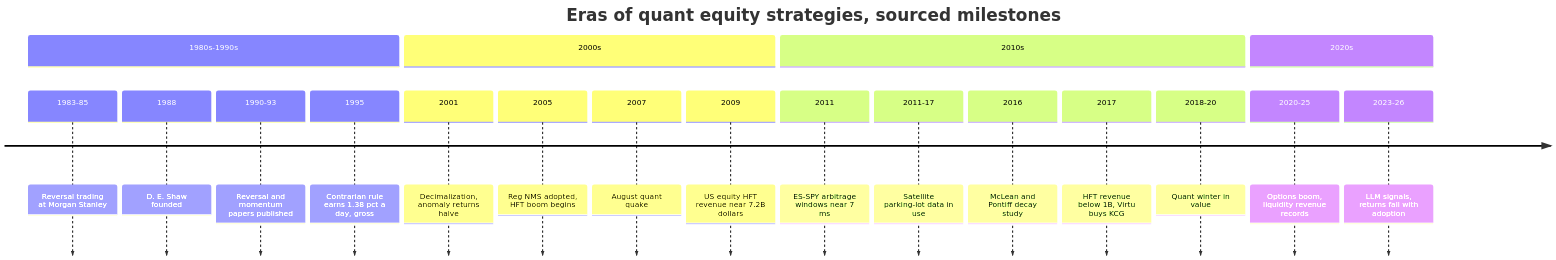
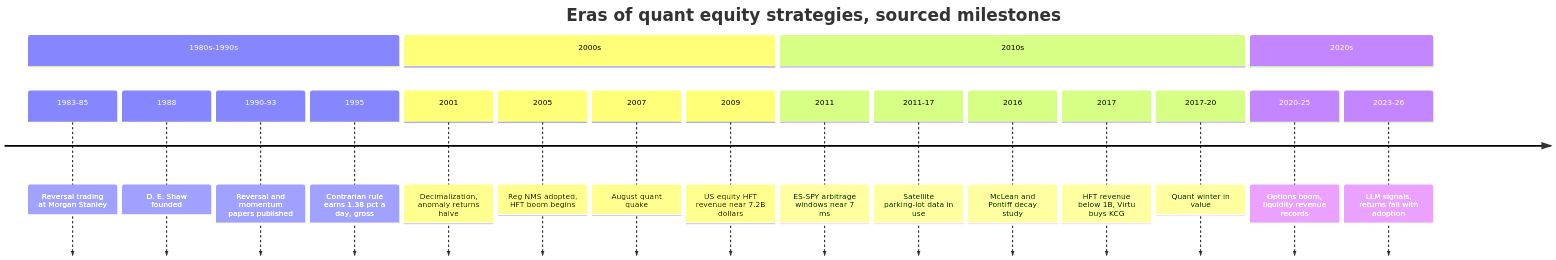
The second of 2 diagrams in docs/02-strategies/h-cross-cutting/evolution-of-quant-strategies.md (FrankHuang94/quant_trading_claude), drawn with Mermaid before and after one commit. The commit also changed other lines of this file and 8 other files, not shown here.

````diff
--- a/docs/02-strategies/h-cross-cutting/evolution-of-quant-strategies.md
+++ b/docs/02-strategies/h-cross-cutting/evolution-of-quant-strategies.md
@@ -69,23 +69,23 @@
 ```mermaid
 timeline
     title Eras of quant equity strategies, sourced milestones
     section 1980s-1990s
         1983-85 : Reversal trading at Morgan Stanley
         1988 : D. E. Shaw founded
         1990-93 : Reversal and momentum papers published
         1995 : Contrarian rule earns 1.38 pct a day, gross
     section 2000s
         2001 : Decimalization, anomaly returns halve
         2005 : Reg NMS adopted, HFT boom begins
         2007 : August quant quake
         2009 : US equity HFT revenue near 7.2B dollars
     section 2010s
         2011 : ES-SPY arbitrage windows near 7 ms
         2011-17 : Satellite parking-lot data in use
         2016 : McLean and Pontiff decay study
         2017 : HFT revenue below 1B, Virtu buys KCG
-        2018-20 : Quant winter in value
+        2017-20 : Quant winter in value
     section 2020s
         2020-25 : Options boom, liquidity revenue records
         2023-26 : LLM signals, returns fall with adoption
 ```
````
